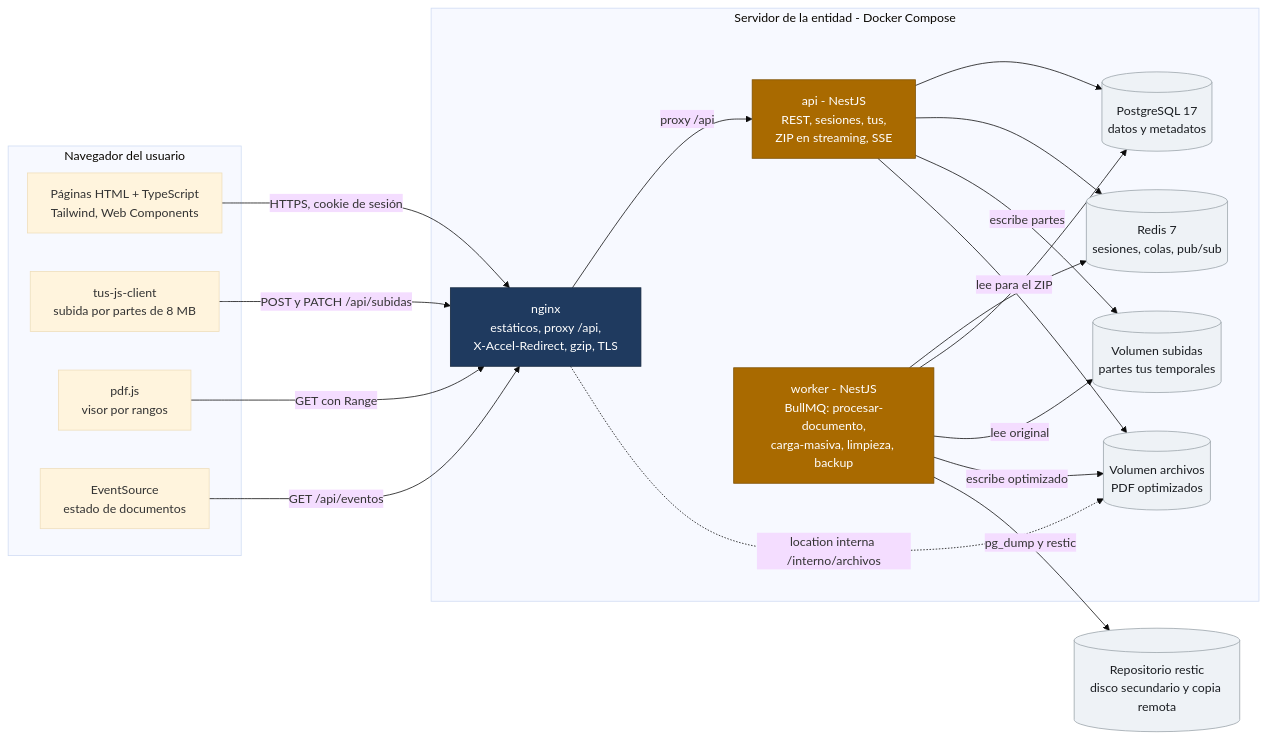
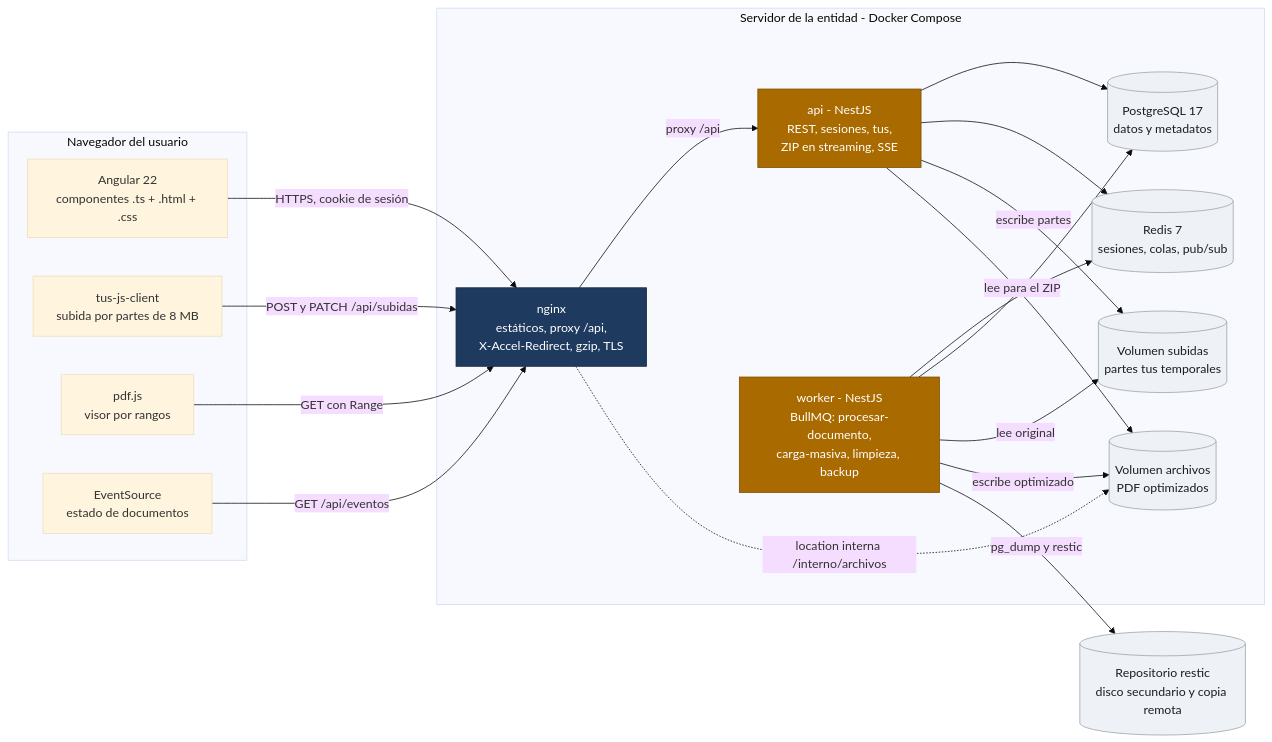
One commit to Jose27luis/legajo changed the first of 21 diagrams in README.md. Above: the diagram before and after it, drawn with Mermaid (base theme). The commit also changed other lines of this file, not shown here.

Commit message:
docs: cambia el frontend a Angular con componentes en archivos separados

````diff
--- a/README.md
+++ b/README.md
@@ -35,44 +34,44 @@
 ```mermaid
 flowchart LR
     subgraph cliente["Navegador del usuario"]
-        UI["Páginas HTML + TypeScript<br/>Tailwind, Web Components"]
+        UI["Angular 22<br/>componentes .ts + .html + .css"]
         TUS["tus-js-client<br/>subida por partes de 8 MB"]
         PDFJS["pdf.js<br/>visor por rangos"]
         SSE["EventSource<br/>estado de documentos"]
     end
 
     subgraph servidor["Servidor de la entidad - Docker Compose"]
         NGX["nginx<br/>estáticos, proxy /api,<br/>X-Accel-Redirect, gzip, TLS"]
         API["api - NestJS<br/>REST, sesiones, tus,<br/>ZIP en streaming, SSE"]
         WRK["worker - NestJS<br/>BullMQ: procesar-documento,<br/>carga-masiva, limpieza, backup"]
         PG[("PostgreSQL 17<br/>datos y metadatos")]
         RDS[("Redis 7<br/>sesiones, colas, pub/sub")]
         SUB[("Volumen subidas<br/>partes tus temporales")]
         ARC[("Volumen archivos<br/>PDF optimizados")]
     end
 
     REPO[("Repositorio restic<br/>disco secundario y copia remota")]
 
     UI -->|"HTTPS, cookie de sesión"| NGX
     TUS -->|"POST y PATCH /api/subidas"| NGX
     PDFJS -->|"GET con Range"| NGX
     SSE -->|"GET /api/eventos"| NGX
     NGX -->|"proxy /api"| API
     NGX -.->|"location interna /interno/archivos"| ARC
     API --> PG
     API --> RDS
     API -->|"escribe partes"| SUB
     API -->|"lee para el ZIP"| ARC
     WRK --> RDS
     WRK --> PG
     WRK -->|"lee original"| SUB
     WRK -->|"escribe optimizado"| ARC
     WRK -->|"pg_dump y restic"| REPO
 
     classDef borde fill:#1f3a5f,stroke:#16283f,color:#ffffff
     classDef proceso fill:#a96a00,stroke:#7d4f00,color:#ffffff
     classDef datos fill:#eef2f6,stroke:#9aa3a9,color:#1a1d21
     class NGX borde
     class API,WRK proceso
     class PG,RDS,SUB,ARC,REPO datos
 ```
````
